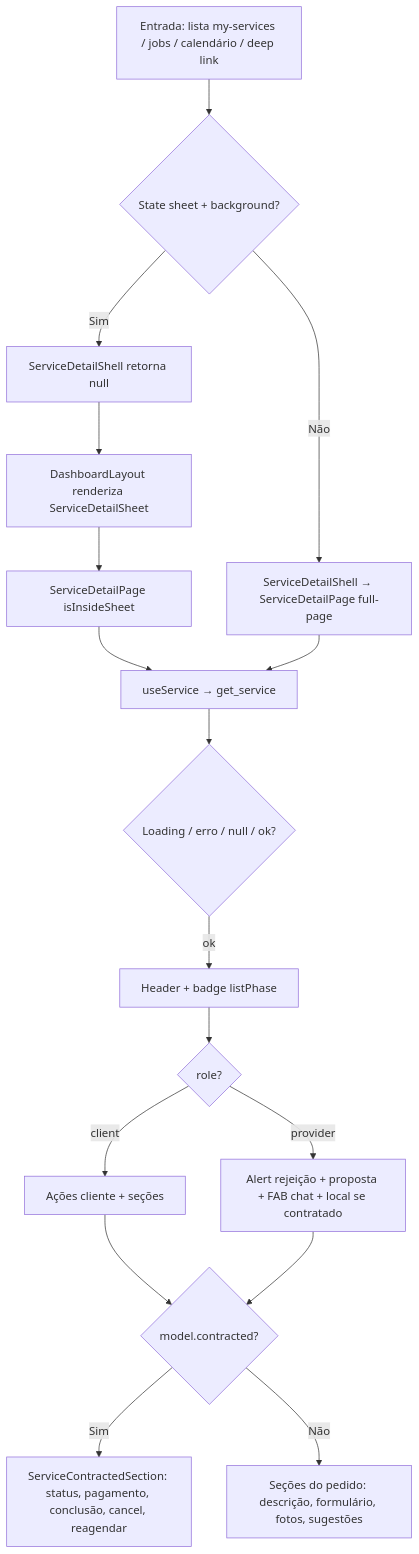
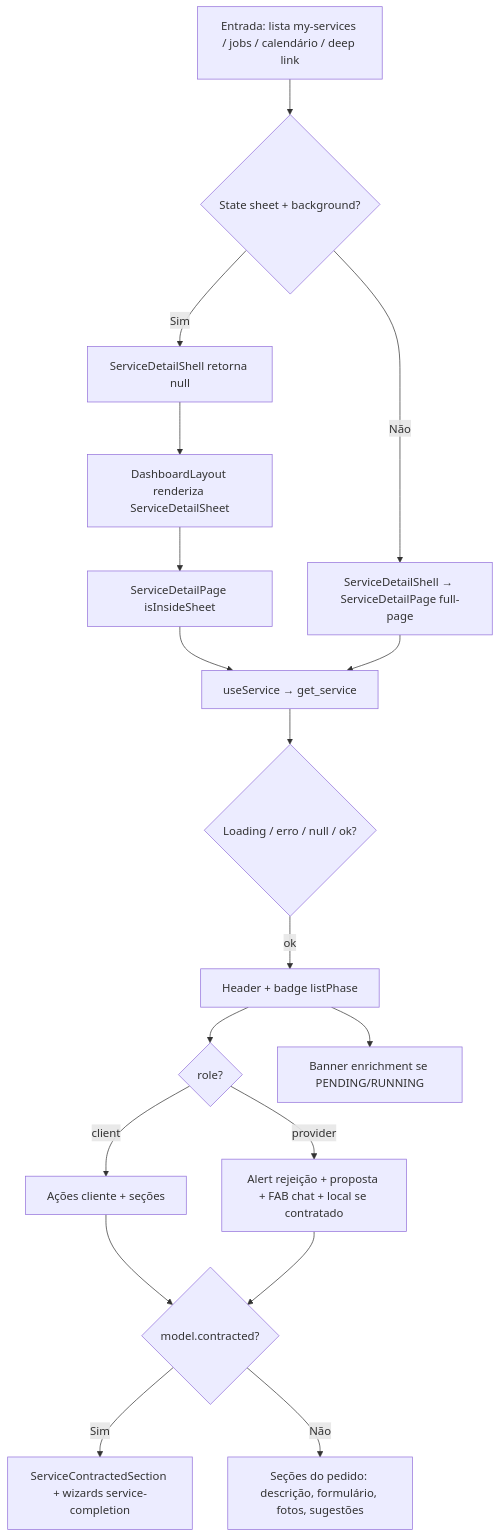
The diagram in docs/business/modulos/view-services/features/visualizacao-de-servicos.md (higorpo/renovi-orbit-test), drawn with Mermaid before and after one commit. The commit also changed other lines of this file and 35 other files, not shown here.

First line of the commit message:
Enhance service completion documentation and update related components

````diff
--- a/docs/business/modulos/view-services/features/visualizacao-de-servicos.md
+++ b/docs/business/modulos/view-services/features/visualizacao-de-servicos.md
@@ -63,19 +63,20 @@
 ```mermaid
 flowchart TD
   A[Entrada: lista my-services / jobs / calendário / deep link] --> B{State sheet + background?}
   B -->|Sim| C[ServiceDetailShell retorna null]
   C --> D[DashboardLayout renderiza ServiceDetailSheet]
   D --> E[ServiceDetailPage isInsideSheet]
   B -->|Não| F[ServiceDetailShell → ServiceDetailPage full-page]
   E --> G[useService → get_service]
   F --> G
   G --> H{Loading / erro / null / ok?}
   H -->|ok| I[Header + badge listPhase]
   I --> J{role?}
   J -->|client| K[Ações cliente + seções]
   J -->|provider| L[Alert rejeição + proposta + FAB chat + local se contratado]
   K --> M{model.contracted?}
   L --> M
-  M -->|Sim| N[ServiceContractedSection: status, pagamento, conclusão, cancel, reagendar]
+  M -->|Sim| N[ServiceContractedSection + wizards service-completion]
   M -->|Não| O[Seções do pedido: descrição, formulário, fotos, sugestões]
+  I --> ENR[Banner enrichment se PENDING/RUNNING]
 ```
````
